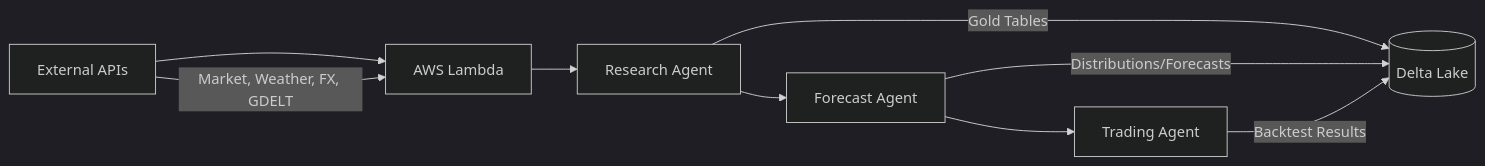
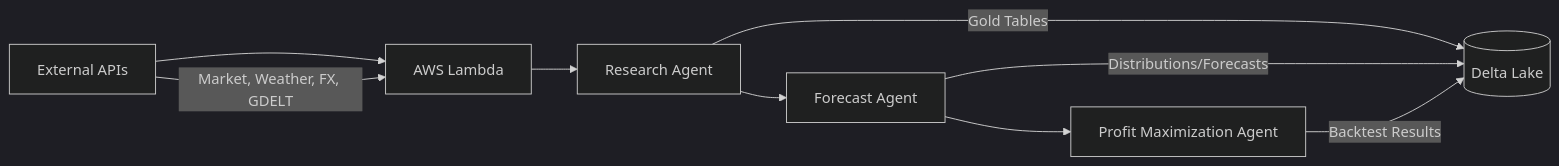
One commit to gibbons-tony/groundtruth-docs changed the diagram in docs/overview.md. Above: the diagram before and after it, drawn with Mermaid (dark theme). The commit also changed other lines of this file and 2 other files, not shown here.

First line of the commit message:
Rename Trading Agent to Profit Maximization Agent

````diff
--- a/docs/overview.md
+++ b/docs/overview.md
@@ -29,13 +29,13 @@
 ```mermaid
 graph LR
     A[Research Agent] --> B[Forecast Agent]
-    B --> C[Trading Agent]
+    B --> C[Profit Maximization Agent]
 
     A -->|Gold Tables| D[(Delta Lake)]
     B -->|Distributions/Forecasts| D
     C -->|Backtest Results| D
 
     E[AWS Lambda] --> A
     F[External APIs] --> E
     F -->|Market, Weather, FX, GDELT| E
 ```
````
